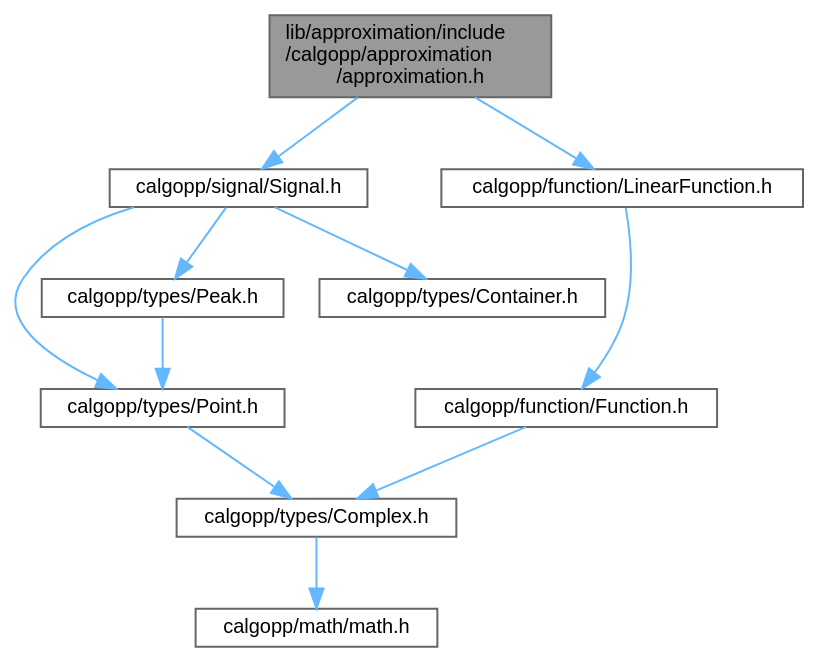
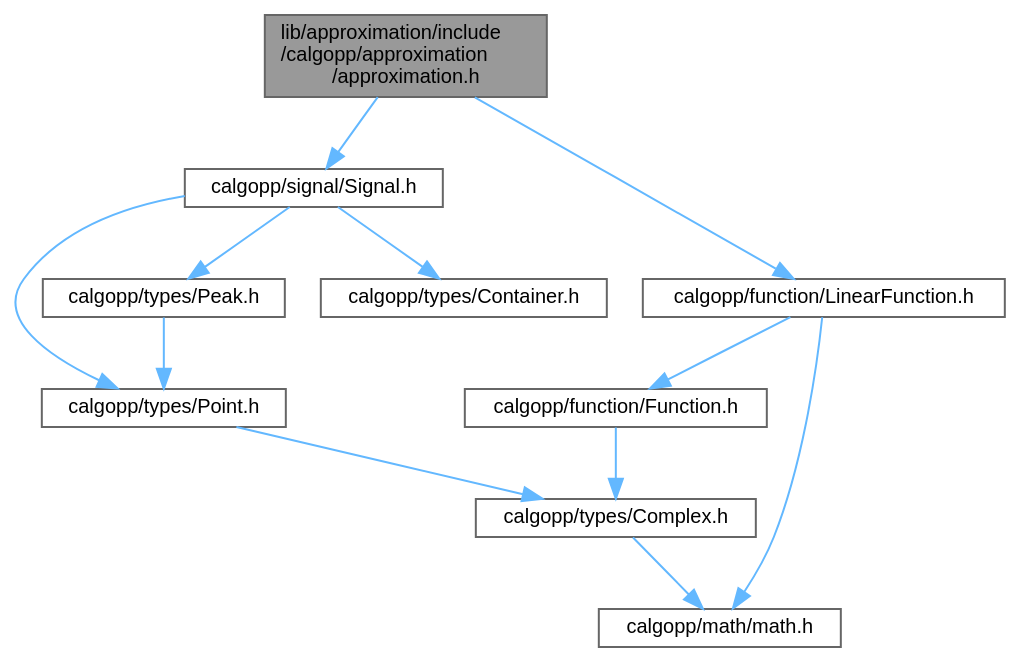
One commit to pawelekg95/algopp changed the diagram in approximation_8h__incl.dot. Above: the diagram before and after it, drawn with Graphviz. The commit also changed 31 other files, not shown here.

```diff
--- a/approximation_8h__incl.dot
+++ b/approximation_8h__incl.dot
@@ -1,26 +1,27 @@
 digraph "lib/approximation/include/calgopp/approximation/approximation.h"
 {
  // LATEX_PDF_SIZE
   bgcolor="transparent";
   edge [fontname=Helvetica,fontsize=10,labelfontname=Helvetica,labelfontsize=10];
   node [fontname=Helvetica,fontsize=10,shape=box,height=0.2,width=0.4];
   Node1 [label="lib/approximation/include\l/calgopp/approximation\l/approximation.h",height=0.2,width=0.4,color="gray40", fillcolor="grey60", style="filled", fontcolor="black",tooltip=" "];
   Node1 -> Node2 [color="steelblue1",style="solid"];
   Node2 [label="calgopp/signal/Signal.h",height=0.2,width=0.4,color="grey40", fillcolor="white", style="filled",URL="$Signal_8h.html",tooltip=" "];
   Node2 -> Node3 [color="steelblue1",style="solid"];
   Node3 [label="calgopp/types/Point.h",height=0.2,width=0.4,color="grey40", fillcolor="white", style="filled",URL="$Point_8h.html",tooltip=" "];
   Node3 -> Node4 [color="steelblue1",style="solid"];
   Node4 [label="calgopp/types/Complex.h",height=0.2,width=0.4,color="grey40", fillcolor="white", style="filled",URL="$Complex_8h.html",tooltip=" "];
   Node4 -> Node5 [color="steelblue1",style="solid"];
   Node5 [label="calgopp/math/math.h",height=0.2,width=0.4,color="grey40", fillcolor="white", style="filled",URL="$math_8h.html",tooltip=" "];
   Node2 -> Node6 [color="steelblue1",style="solid"];
   Node6 [label="calgopp/types/Peak.h",height=0.2,width=0.4,color="grey40", fillcolor="white", style="filled",URL="$Peak_8h.html",tooltip=" "];
   Node6 -> Node3 [color="steelblue1",style="solid"];
   Node2 -> Node7 [color="steelblue1",style="solid"];
   Node7 [label="calgopp/types/Container.h",height=0.2,width=0.4,color="grey40", fillcolor="white", style="filled",URL="$Container_8h.html",tooltip=" "];
   Node1 -> Node8 [color="steelblue1",style="solid"];
   Node8 [label="calgopp/function/LinearFunction.h",height=0.2,width=0.4,color="grey40", fillcolor="white", style="filled",URL="$LinearFunction_8h.html",tooltip=" "];
   Node8 -> Node9 [color="steelblue1",style="solid"];
   Node9 [label="calgopp/function/Function.h",height=0.2,width=0.4,color="grey40", fillcolor="white", style="filled",URL="$Function_8h.html",tooltip=" "];
   Node9 -> Node4 [color="steelblue1",style="solid"];
+  Node8 -> Node5 [color="steelblue1",style="solid"];
 }
```
